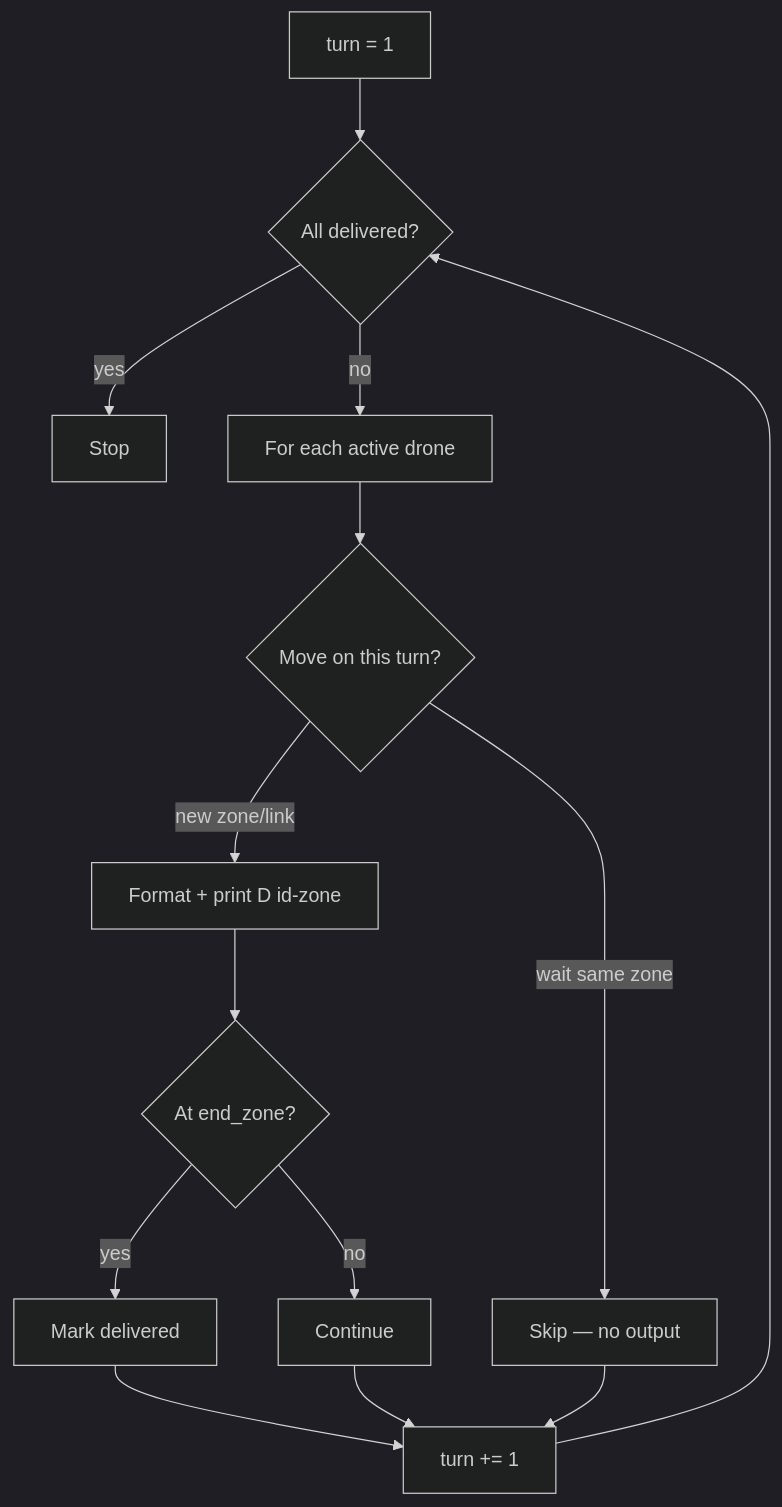
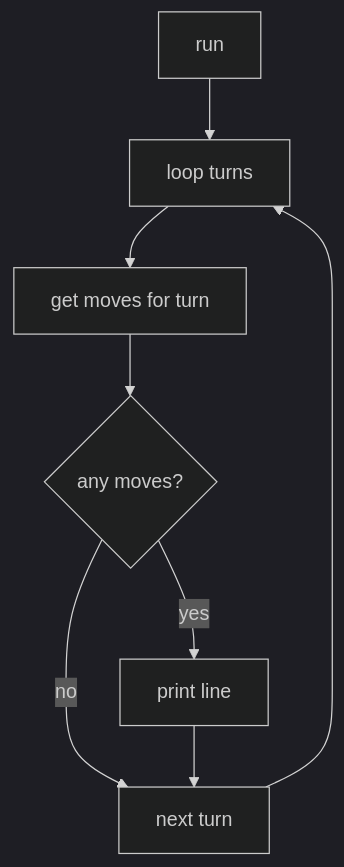
The diagram in docs/simulation.md (laghzal49/fly-in), drawn with Mermaid (dark theme) before and after one commit. The commit also changed other lines of this file and 14 other files, not shown here.

````diff
--- a/docs/simulation.md
+++ b/docs/simulation.md
@@ -35,16 +55,10 @@
 ```mermaid
 flowchart TD
-    A[turn = 1] --> B{All delivered?}
-    B -->|yes| Z[Stop]
-    B -->|no| C[For each active drone]
-    C --> D{Move on this turn?}
-    D -->|wait same zone| E[Skip — no output]
-    D -->|new zone/link| F[Format + print D id-zone]
-    F --> G{At end_zone?}
-    G -->|yes| H[Mark delivered]
-    G -->|no| I[Continue]
-    H --> J[turn += 1]
-    I --> J
-    E --> J
-    J --> B
+    A[run] --> B[loop turns]
+    B --> C[get moves for turn]
+    C --> D{any moves?}
+    D -->|yes| E[print line]
+    D -->|no| F[next turn]
+    E --> F
+    F --> B
 ```
````
